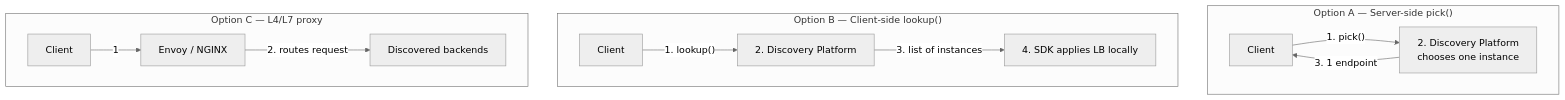
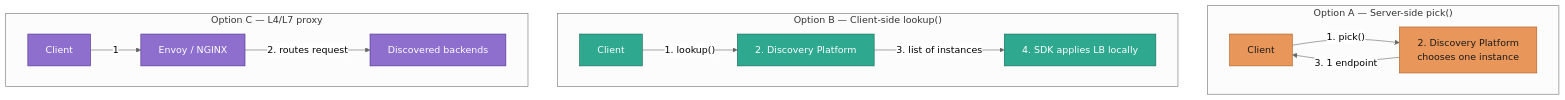
The seventh of 10 diagrams in lib/src/main/java/org/pk/practices/design/servicediscovery/DESIGN.md (Pratyush576/CodingPractice), drawn with Mermaid (neutral theme) before and after one commit. The commit also changed other lines of this file and 5 other files, not shown here.

Commit message:
Enhanced the diagrams

````diff
--- a/lib/src/main/java/org/pk/practices/design/servicediscovery/DESIGN.md
+++ b/lib/src/main/java/org/pk/practices/design/servicediscovery/DESIGN.md
@@ -488,15 +529,22 @@
 ```mermaid
 flowchart TB
     subgraph A["Option A — Server-side pick()"]
         direction LR
         C1["Client"] -- "1. pick()" --> P1["2. Discovery Platform<br/>chooses one instance"] -- "3. 1 endpoint" --> C1
     end
     subgraph B["Option B — Client-side lookup()"]
         direction LR
         C2["Client"] -- "1. lookup()" --> P2["2. Discovery Platform"] -- "3. list of instances" --> SDK["4. SDK applies LB locally"]
     end
     subgraph C["Option C — L4/L7 proxy"]
         direction LR
         C3["Client"] -- "1" --> Proxy["Envoy / NGINX"] -- "2. routes request" --> Backends["Discovered backends"]
     end
+
+    classDef optionA fill:#e8965a,stroke:#a85c1f,color:#1a1a1a
+    classDef optionB fill:#2ea88f,stroke:#146b58,color:#ffffff
+    classDef optionC fill:#8e6fce,stroke:#4d2e8a,color:#ffffff
+    class C1,P1 optionA
+    class C2,P2,SDK optionB
+    class C3,Proxy,Backends optionC
 ```
````
